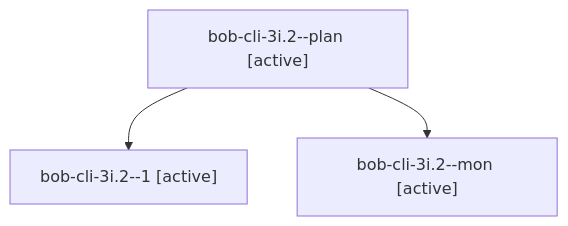
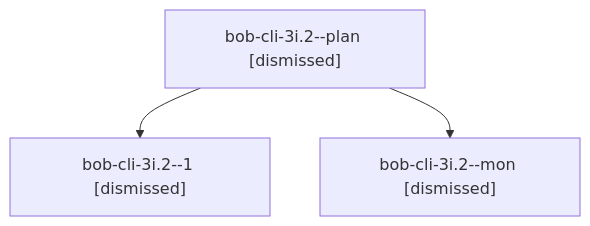
One commit to bobs-org/bob-cli--agents changed the diagram in sessions/bbugyi200.athena.bob-cli-3i.2.md. Above: the diagram before and after it, drawn with Mermaid. The commit also changed other lines of this file and 54 other files, not shown here.

````diff
--- a/sessions/bbugyi200.athena.bob-cli-3i.2.md
+++ b/sessions/bbugyi200.athena.bob-cli-3i.2.md
@@ -9,8 +9,8 @@
 ```mermaid
 flowchart TD
-  n0["bob-cli-3i.2--plan [active]"]
-  n1["bob-cli-3i.2--1 [active]"]
+  n0["bob-cli-3i.2--plan [dismissed]"]
+  n1["bob-cli-3i.2--1 [dismissed]"]
   n0 --> n1
-  n2["bob-cli-3i.2--mon [active]"]
+  n2["bob-cli-3i.2--mon [dismissed]"]
   n0 --> n2
 ```
````
